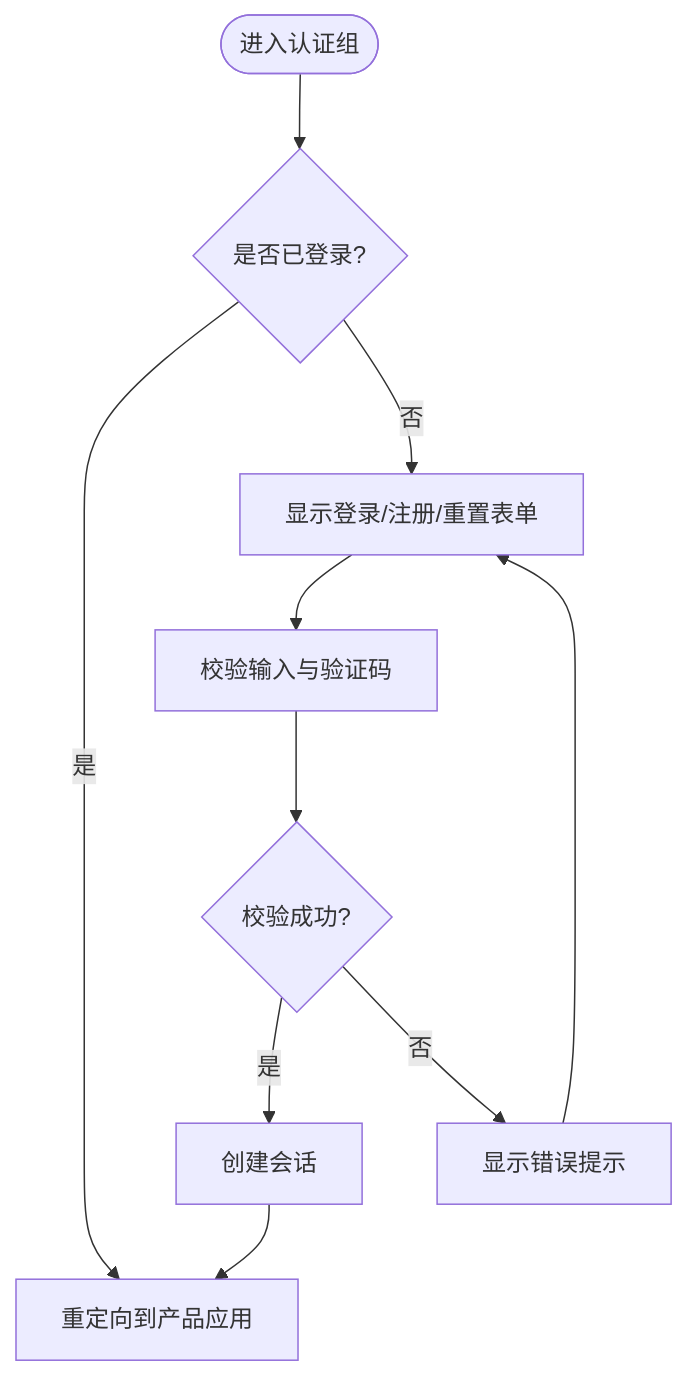
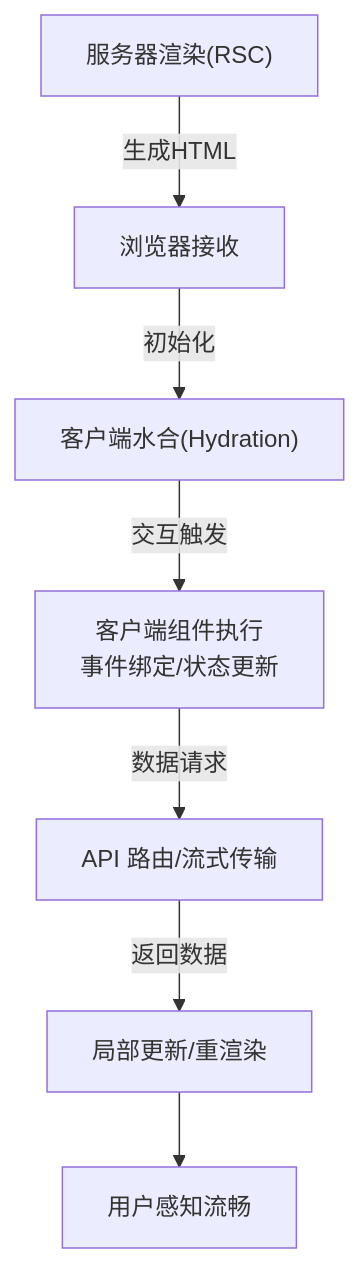
The seventh of 8 diagrams in .qoder/repowiki/zh/content/前端架构/前端架构.md (scottcwy/PurpleInk), drawn with Mermaid before and after one commit. The commit also changed other lines of this file and 872 other files, not shown here.

````diff
--- a/.qoder/repowiki/zh/content/前端架构/前端架构.md
+++ b/.qoder/repowiki/zh/content/前端架构/前端架构.md
@@ -271,12 +431,9 @@
 ```mermaid
 flowchart TD
-Start(["进入认证组"]) --> CheckAuth{"是否已登录?"}
-CheckAuth --> |是| Redirect["重定向到产品应用"]
-CheckAuth --> |否| ShowForm["显示登录/注册/重置表单"]
-ShowForm --> Validate["校验输入与验证码"]
-Validate --> Success{"校验成功?"}
-Success --> |是| CreateSession["创建会话"]
-Success --> |否| Error["显示错误提示"]
-CreateSession --> Redirect
-Error --> ShowForm
+S["服务器渲染(RSC)"] --> |生成HTML| B["浏览器接收"]
+B --> |初始化| C["客户端水合(Hydration)"]
+C --> |交互触发| D["客户端组件执行<br/>事件绑定/状态更新"]
+D --> |数据请求| E["API 路由/流式传输"]
+E --> |返回数据| F["局部更新/重渲染"]
+F --> G["用户感知流畅"]
 ```
````
